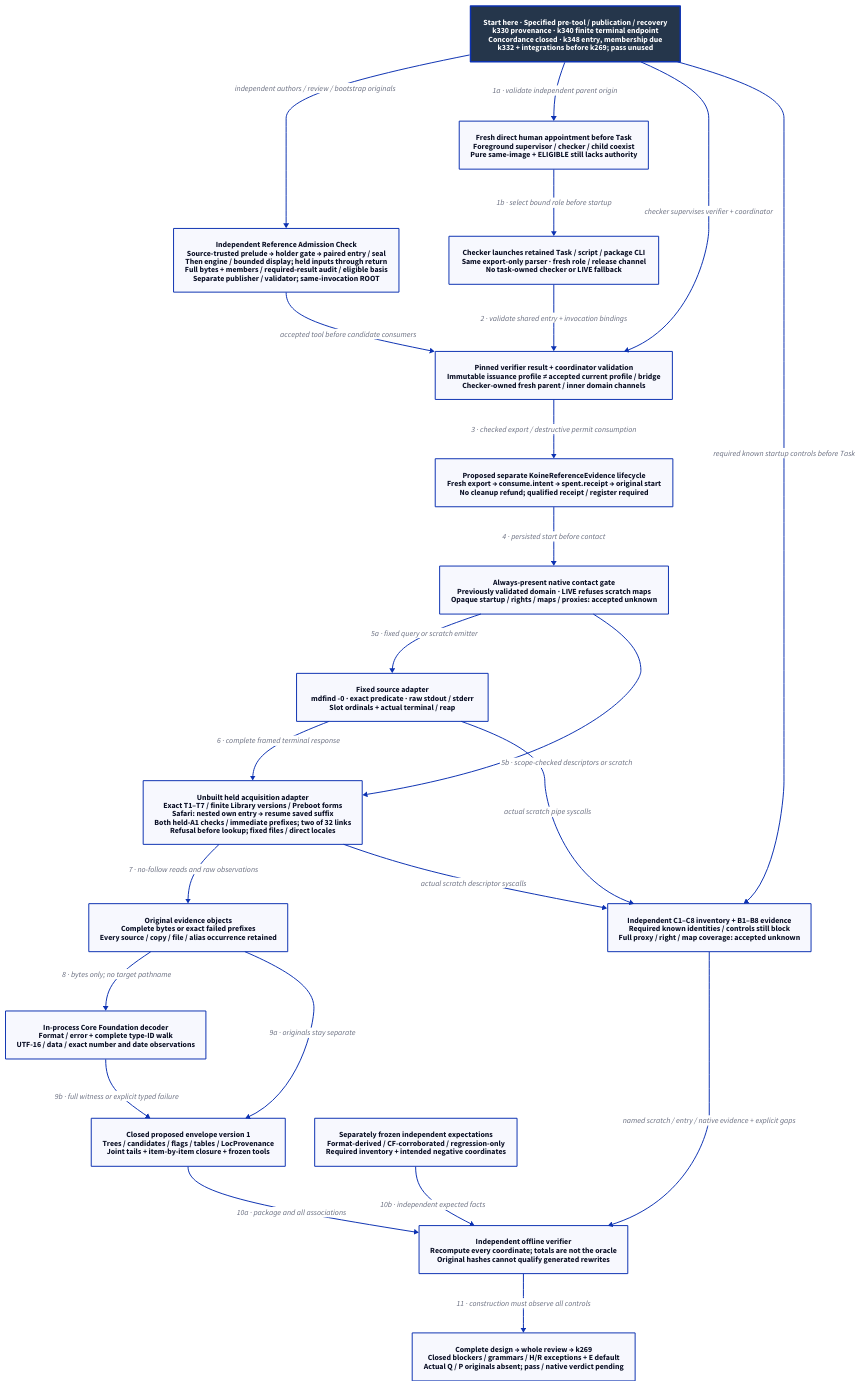
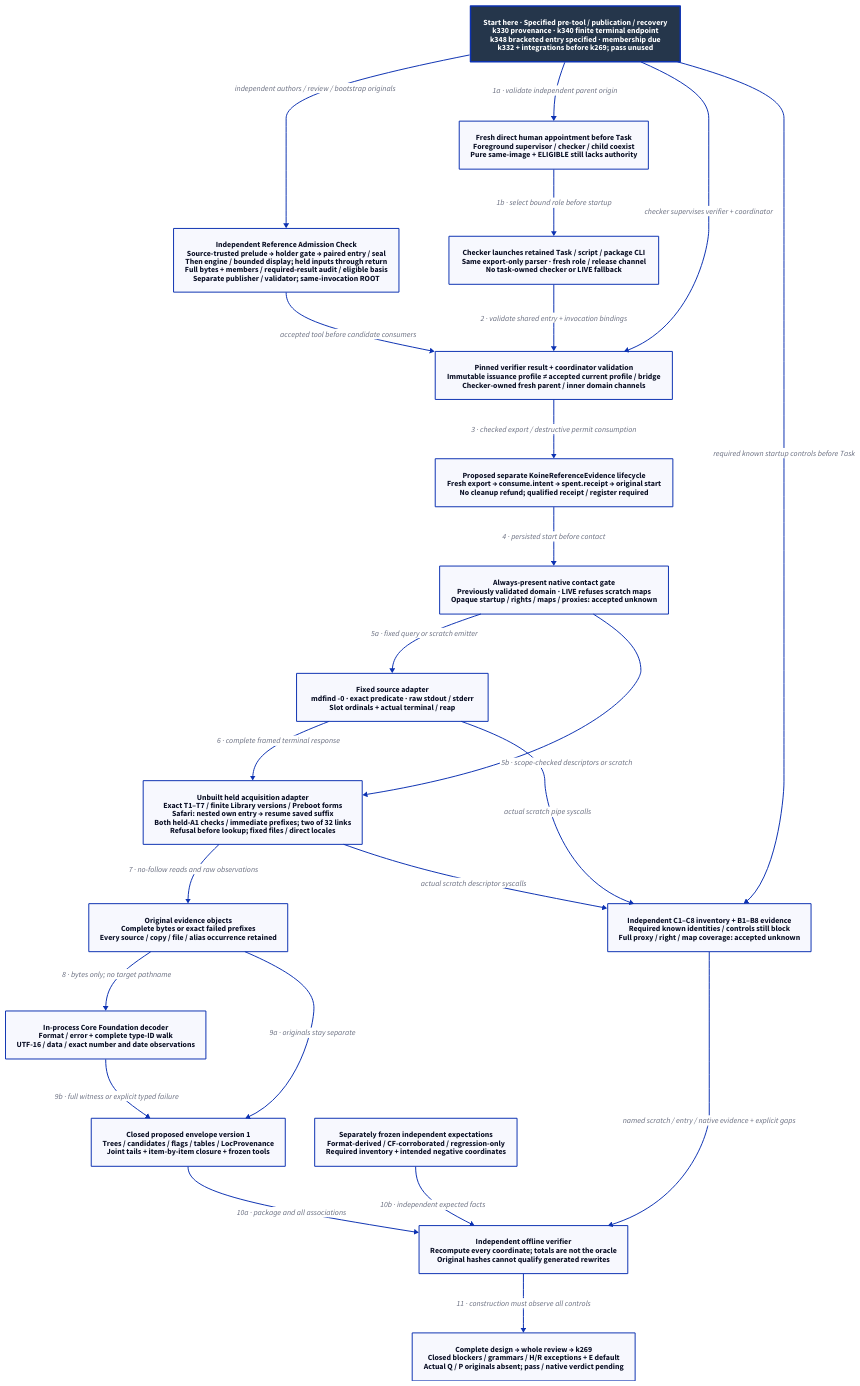
The diagram in docs/design/architecture/native-reference-instrument.d2 (Linkuistics/Koine), drawn with D2 before and after one commit. The commit also changed 33 other files, not shown here.

Commit message:
Specify bracketed inter-checkpoint publication entry under Antony's answer (reference-evidence-intercheckpoint-publication-entry-k348)

```diff
--- a/docs/design/architecture/native-reference-instrument.d2
+++ b/docs/design/architecture/native-reference-instrument.d2
@@ -1,43 +1,43 @@
-# Specified k331 mechanisms; k348 entry, k344 membership and k332 review precede use.
+# Specified k331 mechanisms and k348 bracketed entry; k344 membership and k332 review precede use.
 direction: down
 classes: {
   start: {style: {fill: "#25364B"; font-color: "#FFFFFF"; bold: true; stroke-width: 3}}
 }
-Start: "Start here · Specified pre-tool / publication / recovery\nk330 provenance · k340 finite terminal endpoint\nConcordance closed · k348 entry, membership due\nk332 + integrations before k269; pass unused" {class: start}
+Start: "Start here · Specified pre-tool / publication / recovery\nk330 provenance · k340 finite terminal endpoint\nk348 bracketed entry specified · membership due\nk332 + integrations before k269; pass unused" {class: start}
 Role: "Fresh direct human appointment before Task\nForeground supervisor / checker / child coexist\nPure same-image + ELIGIBLE still lacks authority"
 Task: "Checker launches retained Task / script / package CLI\nSame export-only parser · fresh role / release channel\nNo task-owned checker or LIVE fallback"
 Admission: "Pinned verifier result + coordinator validation\nImmutable issuance profile ≠ accepted current profile / bridge\nChecker-owned fresh parent / inner domain channels"
 Authority: "Proposed separate KoineReferenceEvidence lifecycle\nFresh export → consume.intent → spent.receipt → original start\nNo cleanup refund; qualified receipt / register required"
 Gate: "Always-present native contact gate\nPreviously validated domain · LIVE refuses scratch maps\nOpaque startup / rights / maps / proxies: accepted unknown"
 Source: "Fixed source adapter\nmdfind -0 · exact predicate · raw stdout / stderr\nSlot ordinals + actual terminal / reap"
 Held: "Unbuilt held acquisition adapter\nExact T1–T7 / finite Library versions / Preboot forms\nSafari: nested own entry → resume saved suffix\nBoth held-A1 checks / immediate prefixes; two of 32 links\nRefusal before lookup; fixed files / direct locales"
 Objects: "Original evidence objects\nComplete bytes or exact failed prefixes\nEvery source / copy / file / alias occurrence retained"
 Decoder: "In-process Core Foundation decoder\nFormat / error + complete type-ID walk\nUTF-16 / data / exact number and date observations"
 Envelope: "Closed proposed envelope version 1\nTrees / candidates / flags / tables / LocProvenance\nJoint tails + item-by-item closure + frozen tools"
 Oracle: "Separately frozen independent expectations\nFormat-derived / CF-corroborated / regression-only\nRequired inventory + intended negative coordinates"
 Observer: "Independent C1–C8 inventory + B1–B8 evidence\nRequired known identities / controls still block\nFull proxy / right / map coverage: accepted unknown"
 Verifier: "Independent offline verifier\nRecompute every coordinate; totals are not the oracle\nOriginal hashes cannot qualify generated rewrites"
 Boundary: "Complete design → whole review → k269\nClosed blockers / grammars / H/R exceptions + E default\nActual Q / P originals absent; pass / native verdict pending"
 Compare: "Independent Reference Admission Check\nSource-trusted prelude → holder gate → paired entry / seal\nThen engine / bounded display; held inputs through return\nFull bytes + members / required-result audit / eligible basis\nSeparate publisher / validator; same-invocation ROOT"
 Compare -> Admission: "accepted tool before candidate consumers"
 Start -> Compare: "independent authors / review / bootstrap originals"
 Start -> Role: "1a · validate independent parent origin"
 Role -> Task: "1b · select bound role before startup"
 Start -> Admission: "checker supervises verifier + coordinator"
 Start -> Observer: "required known startup controls before Task"
 Task -> Admission: "2 · validate shared entry + invocation bindings"
 Admission -> Authority: "3 · checked export / destructive permit consumption"
 Authority -> Gate: "4 · persisted start before contact"
 Gate -> Source: "5a · fixed query or scratch emitter"
 Gate -> Held: "5b · scope-checked descriptors or scratch"
 Source -> Held: "6 · complete framed terminal response"
 Held -> Objects: "7 · no-follow reads and raw observations"
 Objects -> Decoder: "8 · bytes only; no target pathname"
 Objects -> Envelope: "9a · originals stay separate"
 Decoder -> Envelope: "9b · full witness or explicit typed failure"
 Envelope -> Verifier: "10a · package and all associations"
 Oracle -> Verifier: "10b · independent expected facts"
 Source -> Observer: "actual scratch pipe syscalls"
 Held -> Observer: "actual scratch descriptor syscalls"
 Observer -> Verifier: "named scratch / entry / native evidence + explicit gaps"
 Verifier -> Boundary: "11 · construction must observe all controls"
```
